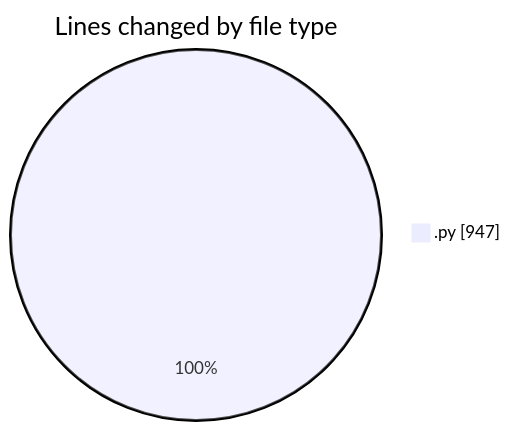
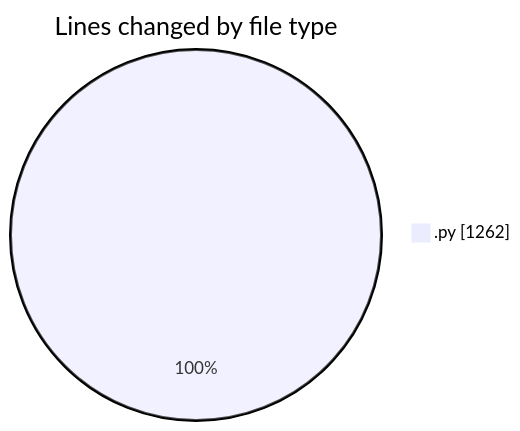
One commit to MatusMokan/code-tracking changed the first of 2 diagrams in 2025-04-18/myws__workspace_/README.md. Above: the diagram before and after it, drawn with Mermaid. The commit also changed other lines of this file and 1 other file, not shown here.

````diff
--- a/2025-04-18/myws__workspace_/README.md
+++ b/2025-04-18/myws__workspace_/README.md
@@ -20,5 +20,5 @@
 ```mermaid
 pie showData
 title Lines changed by file type
-".py" : 947
+".py" : 1262
 ```
````
